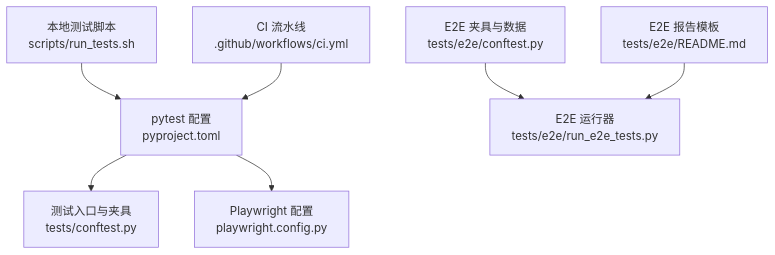
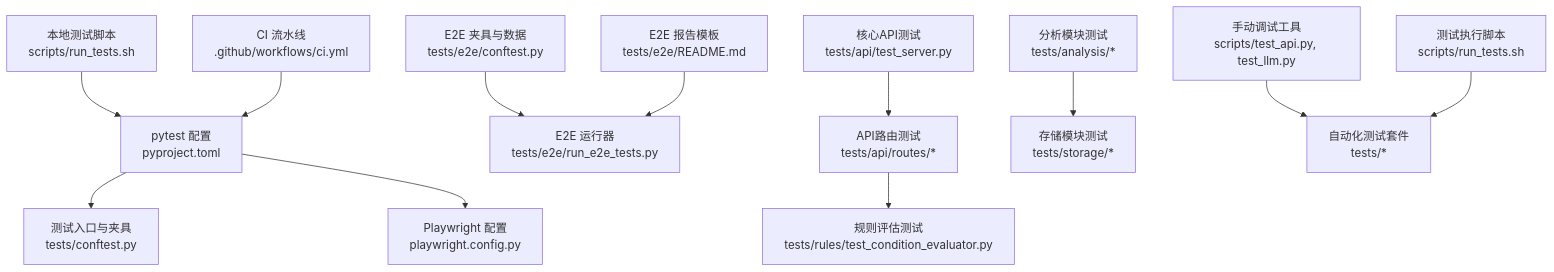
One commit to boyingliu01/fault-review-analyzer changed the first of 4 diagrams in .qoder/repowiki/zh/content/测试策略/测试策略.md. Above: the diagram before and after it, drawn with Mermaid. The commit also changed other lines of this file and 30 other files, not shown here.

````diff
--- a/.qoder/repowiki/zh/content/测试策略/测试策略.md
+++ b/.qoder/repowiki/zh/content/测试策略/测试策略.md
@@ -43,9 +62,14 @@
 ```mermaid
 graph TB
 A["pytest 配置<br/>pyproject.toml"] --> B["测试入口与夹具<br/>tests/conftest.py"]
 A --> C["Playwright 配置<br/>playwright.config.py"]
 D["本地测试脚本<br/>scripts/run_tests.sh"] --> A
 E["CI 流水线<br/>.github/workflows/ci.yml"] --> A
 F["E2E 夹具与数据<br/>tests/e2e/conftest.py"] --> G["E2E 运行器<br/>tests/e2e/run_e2e_tests.py"]
 H["E2E 报告模板<br/>tests/e2e/README.md"] --> G
+I["API路由测试<br/>tests/api/routes/*"] --> J["规则评估测试<br/>tests/rules/test_condition_evaluator.py"]
+K["核心API测试<br/>tests/api/test_server.py"] --> I
+L["分析模块测试<br/>tests/analysis/*"] --> M["存储模块测试<br/>tests/storage/*"]
+N["手动调试工具<br/>scripts/test_api.py, test_llm.py"] --> O["自动化测试套件<br/>tests/*"]
+P["测试执行脚本<br/>scripts/run_tests.sh"] --> O
 ```
````
